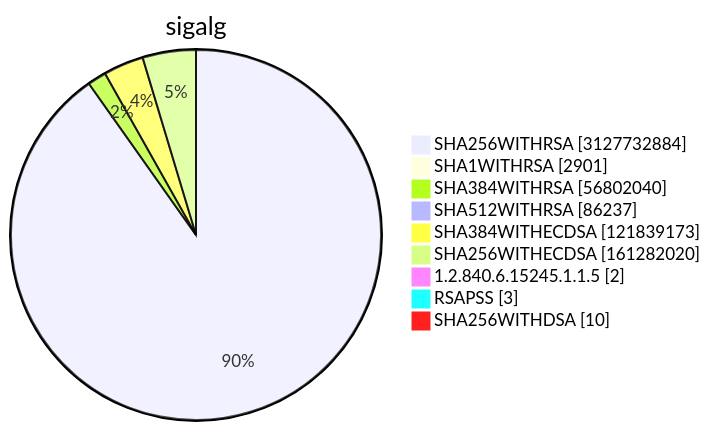
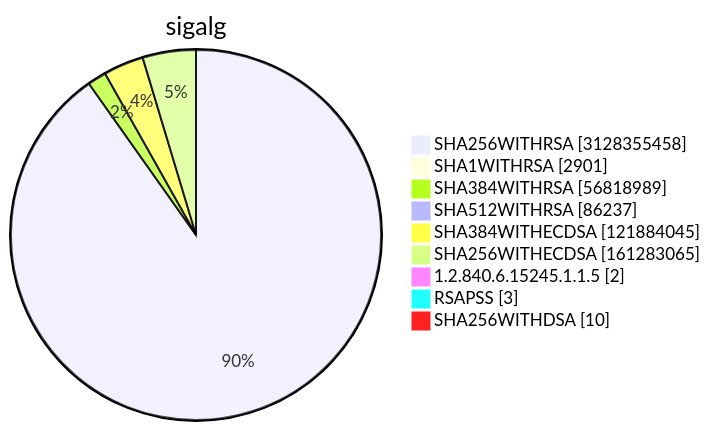
Diagram 15 of 15 in TOTAL/README.md (christiankrug/ctmonitor_visualization), drawn with Mermaid before and after one commit. The commit also changed other lines of this file, not shown here.

````diff
--- a/TOTAL/README.md
+++ b/TOTAL/README.md
@@ -6212,13 +6212,13 @@
 ```mermaid
 pie showData
 title sigalg
-"SHA256WITHRSA" :3127732884
+"SHA256WITHRSA" :3128355458
 "SHA1WITHRSA" :2901
-"SHA384WITHRSA" :56802040
+"SHA384WITHRSA" :56818989
 "SHA512WITHRSA" :86237
-"SHA384WITHECDSA" :121839173
-"SHA256WITHECDSA" :161282020
+"SHA384WITHECDSA" :121884045
+"SHA256WITHECDSA" :161283065
 "1.2.840.6.15245.1.1.5" :2
 "RSAPSS" :3
 "SHA256WITHDSA" :10
 ```
````
